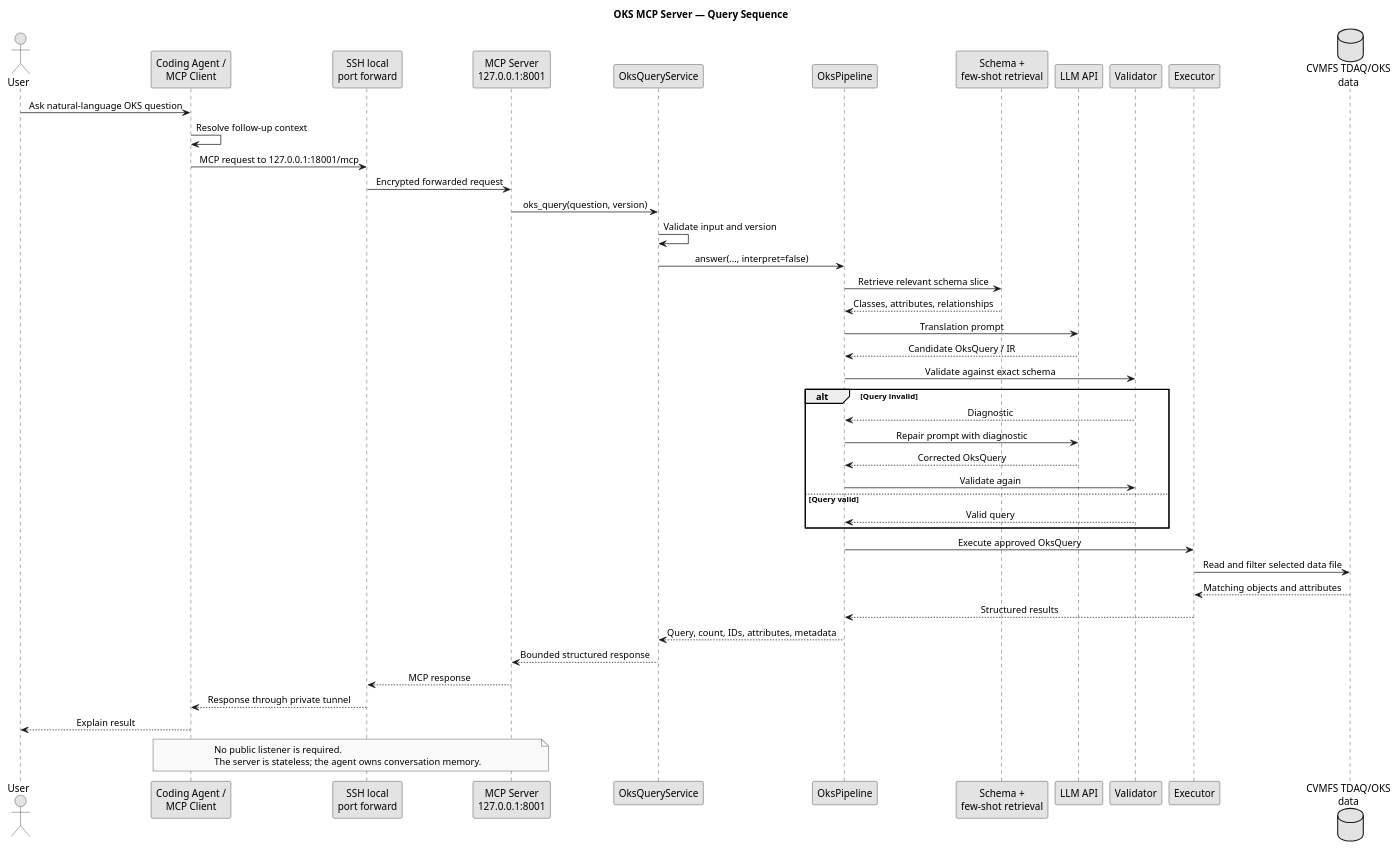
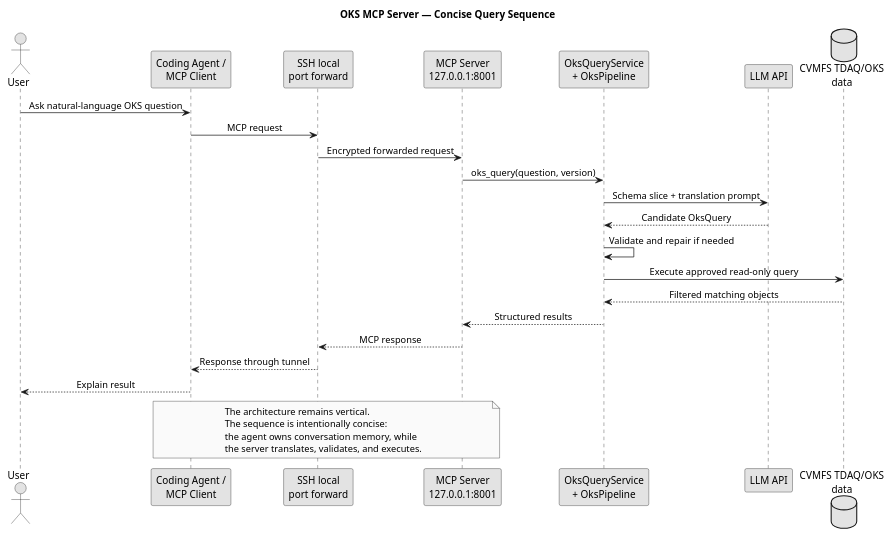
The diagram in docs/diagrams/sequence_diagram.puml (khanalasmit/cern), drawn with PlantUML before and after one commit. The commit also changed 3 other files, not shown here.

Commit message:
Simplify architecture sequence diagram

```diff
--- a/docs/diagrams/sequence_diagram.puml
+++ b/docs/diagrams/sequence_diagram.puml
@@ -1,59 +1,39 @@
 @startuml
-title OKS MCP Server — Query Sequence
+title OKS MCP Server — Concise Query Sequence
 
 skinparam monochrome true
 skinparam shadowing false
 skinparam backgroundColor white
 skinparam defaultFontName Arial
 skinparam responseMessageBelowArrow true
 skinparam sequenceMessageAlign center
 
 actor User
 participant "Coding Agent /\nMCP Client" as Agent
 participant "SSH local\nport forward" as SSH
 participant "MCP Server\n127.0.0.1:8001" as MCP
-participant OksQueryService as Service
-participant OksPipeline as Pipeline
-participant "Schema +\nfew-shot retrieval" as Retrieval
+participant "OksQueryService\n+ OksPipeline" as Service
 participant "LLM API" as LLM
-participant Validator
-participant Executor
 database "CVMFS TDAQ/OKS\ndata" as OKS
 
 User -> Agent: Ask natural-language OKS question
-Agent -> Agent: Resolve follow-up context
-Agent -> SSH: MCP request to 127.0.0.1:18001/mcp
+Agent -> SSH: MCP request
 SSH -> MCP: Encrypted forwarded request
 MCP -> Service: oks_query(question, version)
-Service -> Service: Validate input and version
-Service -> Pipeline: answer(..., interpret=false)
-Pipeline -> Retrieval: Retrieve relevant schema slice
-Retrieval --> Pipeline: Classes, attributes, relationships
-Pipeline -> LLM: Translation prompt
-LLM --> Pipeline: Candidate OksQuery / IR
-Pipeline -> Validator: Validate against exact schema
-
-alt Query invalid
-  Validator --> Pipeline: Diagnostic
-  Pipeline -> LLM: Repair prompt with diagnostic
-  LLM --> Pipeline: Corrected OksQuery
-  Pipeline -> Validator: Validate again
-else Query valid
-  Validator --> Pipeline: Valid query
-end
-
-Pipeline -> Executor: Execute approved OksQuery
-Executor -> OKS: Read and filter selected data file
-OKS --> Executor: Matching objects and attributes
-Executor --> Pipeline: Structured results
-Pipeline --> Service: Query, count, IDs, attributes, metadata
-Service --> MCP: Bounded structured response
+Service -> LLM: Schema slice + translation prompt
+LLM --> Service: Candidate OksQuery
+Service -> Service: Validate and repair if needed
+Service -> OKS: Execute approved read-only query
+OKS --> Service: Filtered matching objects
+Service --> MCP: Structured results
 MCP --> SSH: MCP response
-SSH --> Agent: Response through private tunnel
+SSH --> Agent: Response through tunnel
 Agent --> User: Explain result
 
 note over Agent, MCP
-  No public listener is required.
-  The server is stateless; the agent owns conversation memory.
+  The architecture remains vertical.
+  The sequence is intentionally concise:
+  the agent owns conversation memory, while
+  the server translates, validates, and executes.
 end note
 @enduml
```
